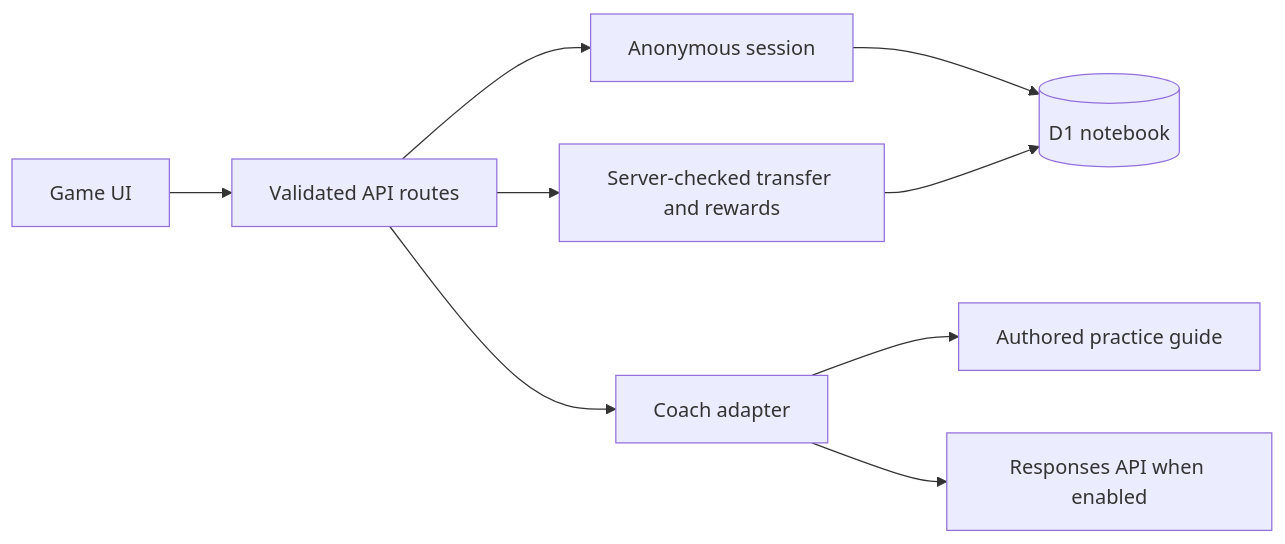
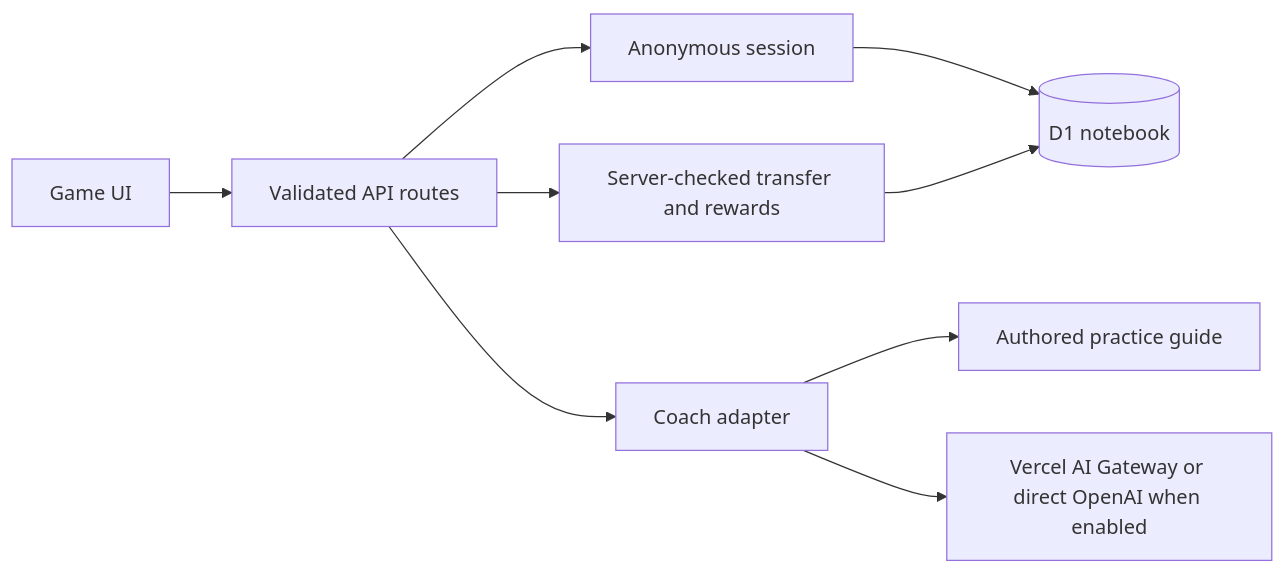
Before and after one commit to mrudulajethe/teachback-lab: the diagram in docs/ARCHITECTURE.md, drawn with Mermaid. The commit also changed 20 other files, not shown here.

Commit message:
Connect Vercel AI Gateway and remove native LGPL image dependencies

````diff
--- a/docs/ARCHITECTURE.md
+++ b/docs/ARCHITECTURE.md
@@ -7,11 +7,11 @@
 ```mermaid
 flowchart LR
   Browser[Game UI] --> Routes[Validated API routes]
   Routes --> Session[Anonymous session]
   Session --> D1[(D1 notebook)]
   Routes --> Coach[Coach adapter]
   Coach --> Practice[Authored practice guide]
-  Coach --> OpenAI[Responses API when enabled]
+  Coach --> Gateway[Vercel AI Gateway or direct OpenAI when enabled]
   Routes --> Rewards[Server-checked transfer and rewards]
   Rewards --> D1
 ```
````
